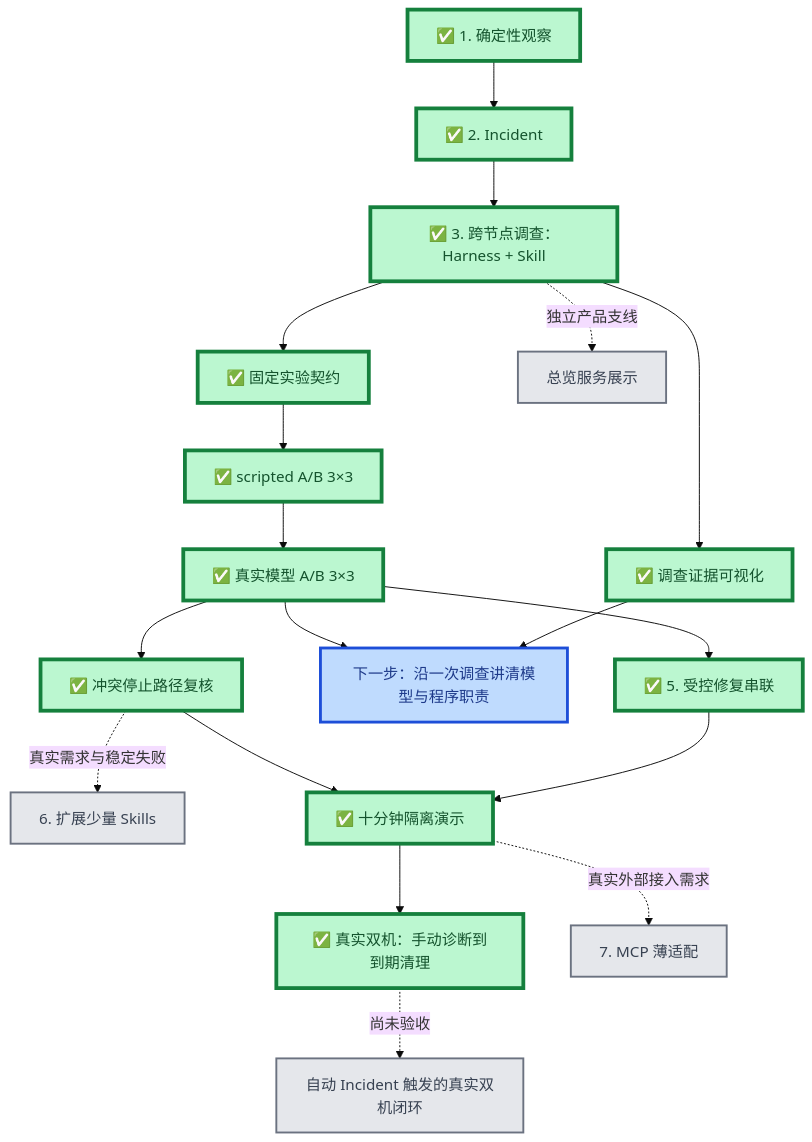
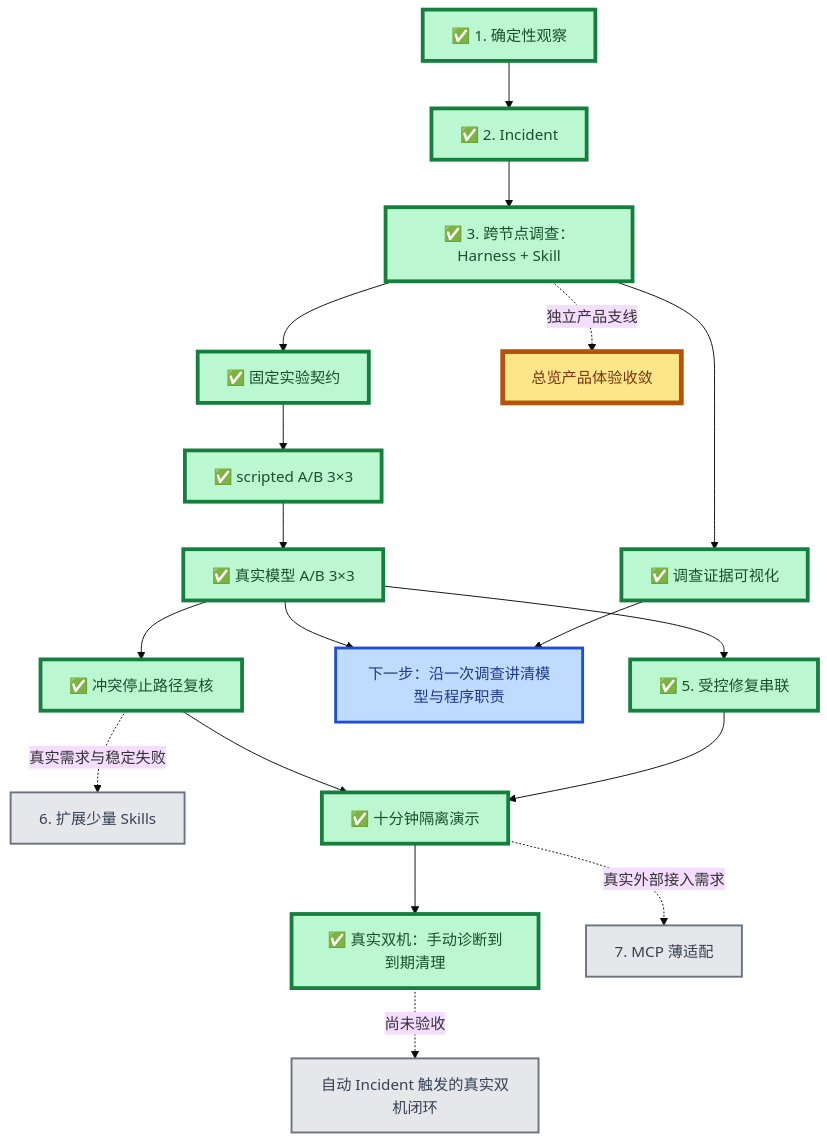
One commit to Sugarfarmeriod/TunnelMinion changed the first of 2 diagrams in docs/project/roadmap.md. Above: the diagram before and after it, drawn with Mermaid (base theme). The commit also changed other lines of this file and 7 other files, not shown here.

````diff
--- a/docs/project/roadmap.md
+++ b/docs/project/roadmap.md
@@ -8,31 +8,32 @@
 ```mermaid
 flowchart TB
     A["✅ 1. 确定性观察"] --> B["✅ 2. Incident"]
     B --> C["✅ 3. 跨节点调查：Harness + Skill"]
 
     C --> D1["✅ 固定实验契约"]
     D1 --> D2["✅ scripted A/B 3×3"]
     D2 --> D3["✅ 真实模型 A/B 3×3"]
 
     D3 --> E["✅ 5. 受控修复串联"]
     C --> V["✅ 调查证据可视化"]
     V --> W["下一步：沿一次调查讲清模型与程序职责"]
     D3 --> W
     D3 --> F["✅ 冲突停止路径复核"]
     F -.真实需求与稳定失败.-> K["6. 扩展少量 Skills"]
     E --> H["✅ 十分钟隔离演示"]
     F --> H
     H --> R["✅ 真实双机：手动诊断到到期清理"]
     R -.尚未验收.-> I["自动 Incident 触发的真实双机闭环"]
     H -.真实外部接入需求.-> G["7. MCP 薄适配"]
 
-    C -.独立产品支线.-> U["总览服务展示"]
+    C -.独立产品支线.-> U["总览产品体验收敛"]
 
     classDef done fill:#bbf7d0,stroke:#15803d,stroke-width:4px,color:#14532d;
     classDef current fill:#fde68a,stroke:#b45309,stroke-width:5px,color:#78350f;
     classDef next fill:#bfdbfe,stroke:#1d4ed8,stroke-width:3px,color:#1e3a8a;
     classDef later fill:#e5e7eb,stroke:#6b7280,stroke-width:2px,color:#374151;
     class A,B,C,D1,D2,D3,E,F,H,R,V done;
+    class U current;
     class W next;
-    class G,U,K,I later;
+    class G,K,I later;
 ```
````
